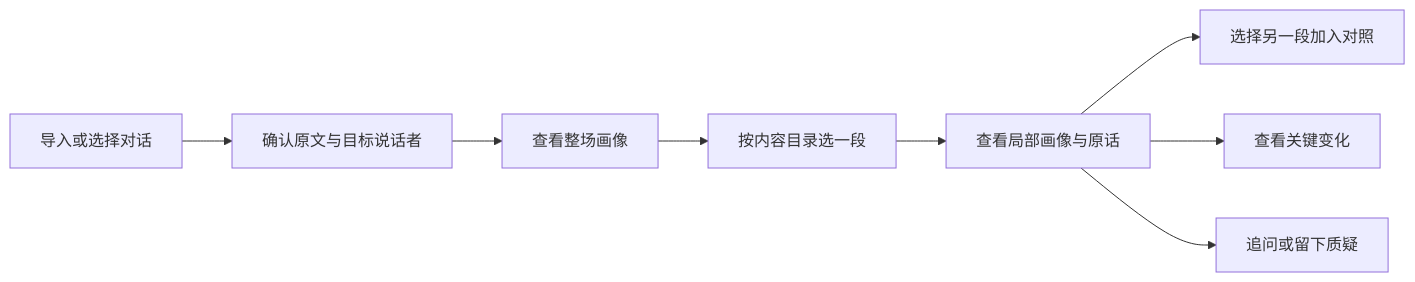
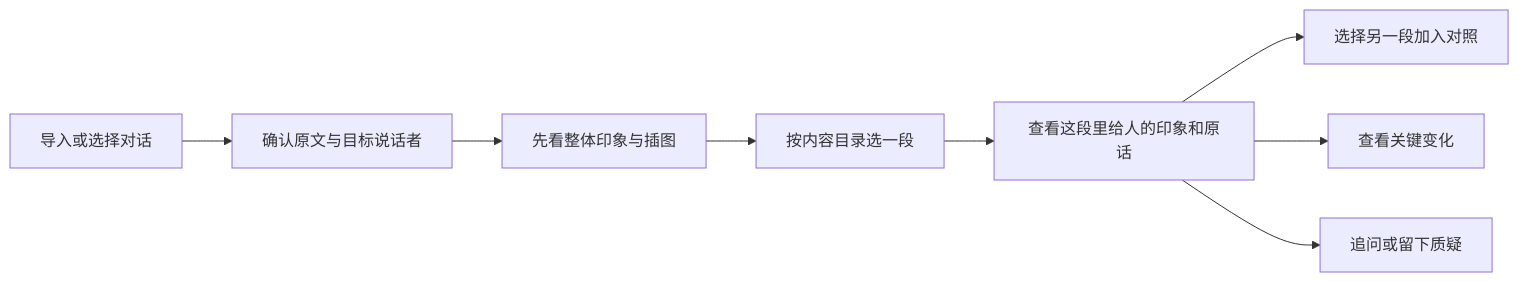
One commit to soflanx/conversation-mirror-design changed the first of 2 diagrams in docs/design.md. Above: the diagram before and after it, drawn with Mermaid. The commit also changed other lines of this file and 3 other files, not shown here.

````diff
--- a/docs/design.md
+++ b/docs/design.md
@@ -85,10 +96,10 @@
 ```mermaid
 flowchart LR
     A[导入或选择对话] --> B[确认原文与目标说话者]
-    B --> C[查看整场画像]
+    B --> C[先看整体印象与插图]
     C --> D[按内容目录选一段]
-    D --> E[查看局部画像与原话]
+    D --> E[查看这段里给人的印象和原话]
     E --> F[选择另一段加入对照]
     E --> G[查看关键变化]
     E --> H[追问或留下质疑]
 ```
````
